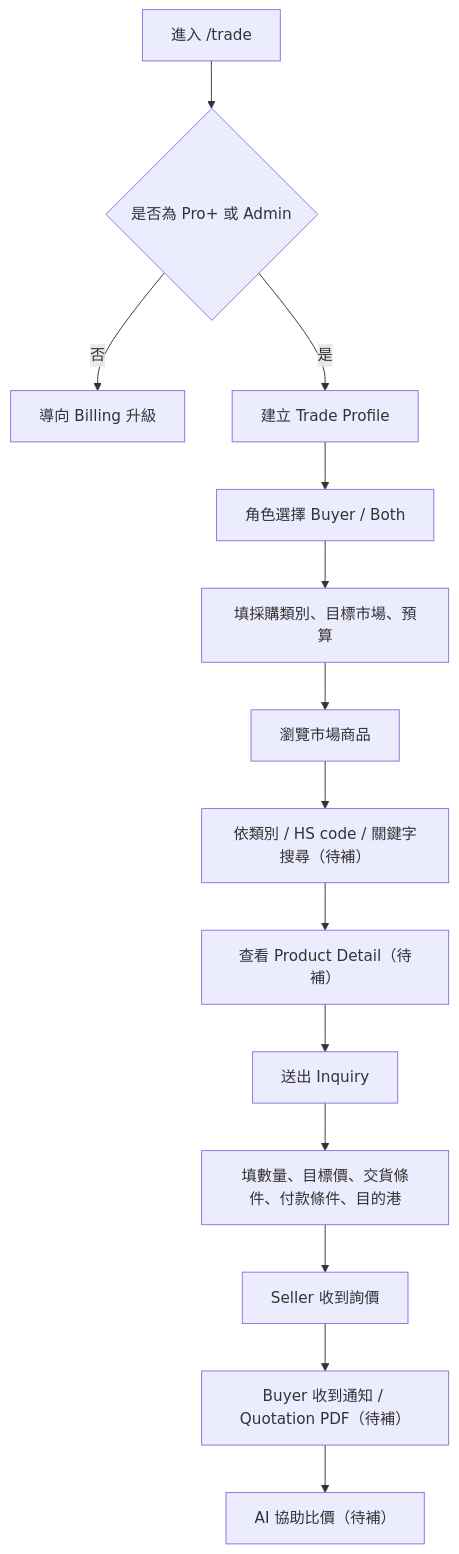
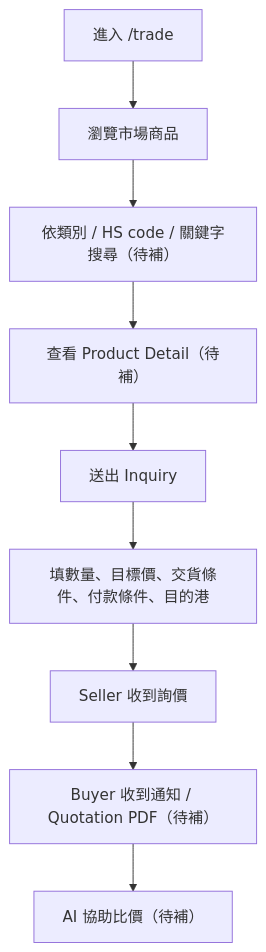
Before and after one commit to horizon-ai-ai/gtl: the second of 2 diagrams in docs/11_trade_delivery_plan.md, drawn with Mermaid. The commit also changed other lines of this file and 27 other files, not shown here.

Commit message:
Update trade buyer and seller access model

````diff
--- a/docs/11_trade_delivery_plan.md
+++ b/docs/11_trade_delivery_plan.md
@@ -93,16 +92,11 @@
 ```mermaid
 flowchart TD
-    A["進入 /trade"] --> B{"是否為 Pro+ 或 Admin"}
-    B -- "否" --> C["導向 Billing 升級"]
-    B -- "是" --> D["建立 Trade Profile"]
-    D --> E["角色選擇 Buyer / Both"]
-    E --> F["填採購類別、目標市場、預算"]
-    F --> G["瀏覽市場商品"]
-    G --> H["依類別 / HS code / 關鍵字搜尋（待補）"]
-    H --> I["查看 Product Detail（待補）"]
-    I --> J["送出 Inquiry"]
-    J --> K["填數量、目標價、交貨條件、付款條件、目的港"]
-    K --> L["Seller 收到詢價"]
-    L --> M["Buyer 收到通知 / Quotation PDF（待補）"]
-    M --> N["AI 協助比價（待補）"]
+    A["進入 /trade"] --> B["瀏覽市場商品"]
+    B --> C["依類別 / HS code / 關鍵字搜尋（待補）"]
+    C --> D["查看 Product Detail（待補）"]
+    D --> E["送出 Inquiry"]
+    E --> F["填數量、目標價、交貨條件、付款條件、目的港"]
+    F --> G["Seller 收到詢價"]
+    G --> H["Buyer 收到通知 / Quotation PDF（待補）"]
+    H --> I["AI 協助比價（待補）"]
 ```
````
